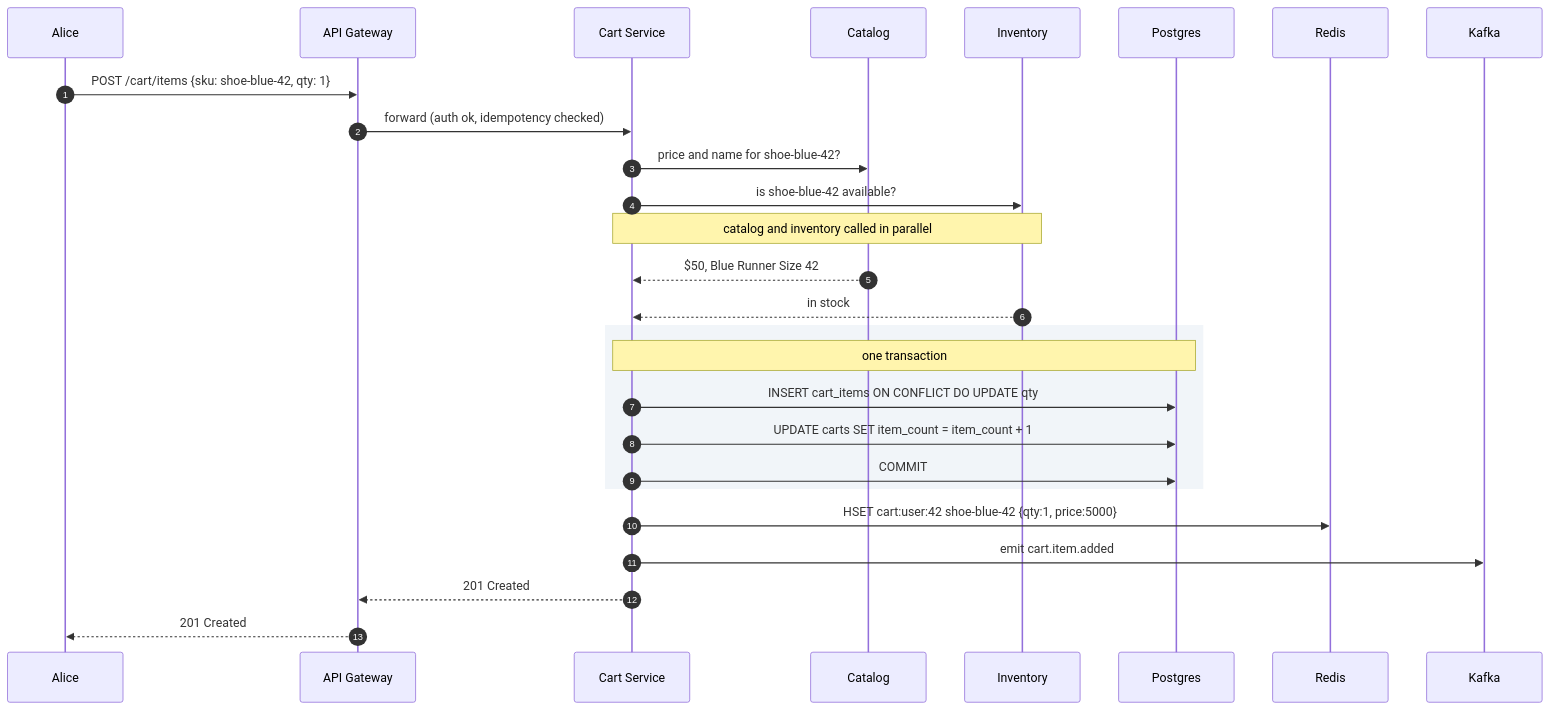
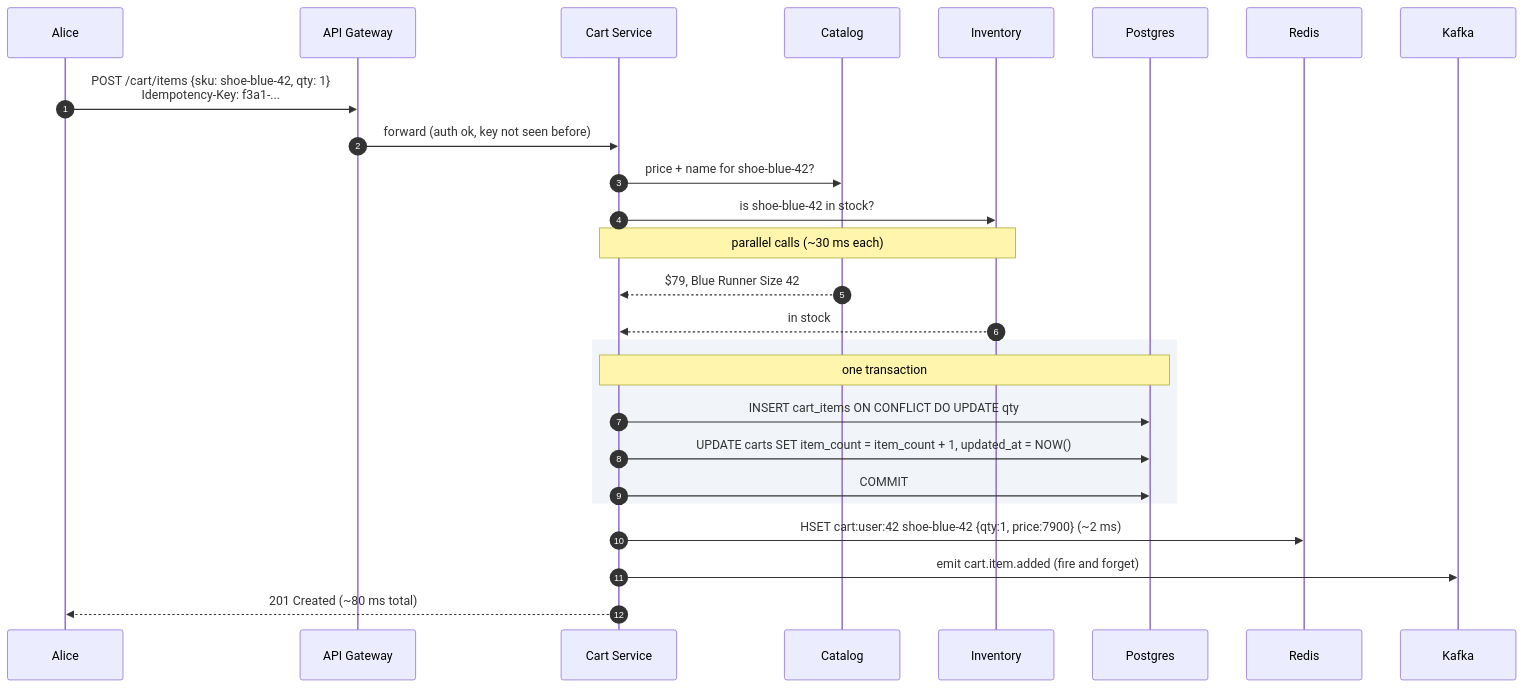
Before and after one commit to shiningflash/system-design: the ninth of 11 diagrams in problems/012-shopping-cart/question.md, drawn with Mermaid. The commit also changed other lines of this file and 37 other files, not shown here.

````diff
--- a/problems/012-shopping-cart/question.md
+++ b/problems/012-shopping-cart/question.md
@@ -407,32 +465,31 @@
 ```mermaid
 sequenceDiagram
     autonumber
     participant Alice
     participant GW as API Gateway
     participant CS as Cart Service
     participant Cat as Catalog
     participant Inv as Inventory
     participant DB as Postgres
     participant R as Redis
     participant K as Kafka
 
-    Alice->>GW: POST /cart/items {sku: shoe-blue-42, qty: 1}
-    GW->>CS: forward (auth ok, idempotency checked)
-    CS->>Cat: price and name for shoe-blue-42?
-    CS->>Inv: is shoe-blue-42 available?
-    Note over CS,Inv: catalog and inventory called in parallel
-    Cat-->>CS: $50, Blue Runner Size 42
+    Alice->>GW: POST /cart/items {sku: shoe-blue-42, qty: 1}<br/>Idempotency-Key: f3a1-...
+    GW->>CS: forward (auth ok, key not seen before)
+    CS->>Cat: price + name for shoe-blue-42?
+    CS->>Inv: is shoe-blue-42 in stock?
+    Note over CS,Inv: parallel calls (~30 ms each)
+    Cat-->>CS: $79, Blue Runner Size 42
     Inv-->>CS: in stock
 
     rect rgb(241, 245, 249)
         Note over CS,DB: one transaction
         CS->>DB: INSERT cart_items ON CONFLICT DO UPDATE qty
-        CS->>DB: UPDATE carts SET item_count = item_count + 1
+        CS->>DB: UPDATE carts SET item_count = item_count + 1, updated_at = NOW()
         CS->>DB: COMMIT
     end
 
-    CS->>R: HSET cart:user:42 shoe-blue-42 {qty:1, price:5000}
-    CS->>K: emit cart.item.added
-    CS-->>GW: 201 Created
-    GW-->>Alice: 201 Created
+    CS->>R: HSET cart:user:42 shoe-blue-42 {qty:1, price:7900} (~2 ms)
+    CS->>K: emit cart.item.added (fire and forget)
+    CS-->>Alice: 201 Created (~80 ms total)
 ```
````
